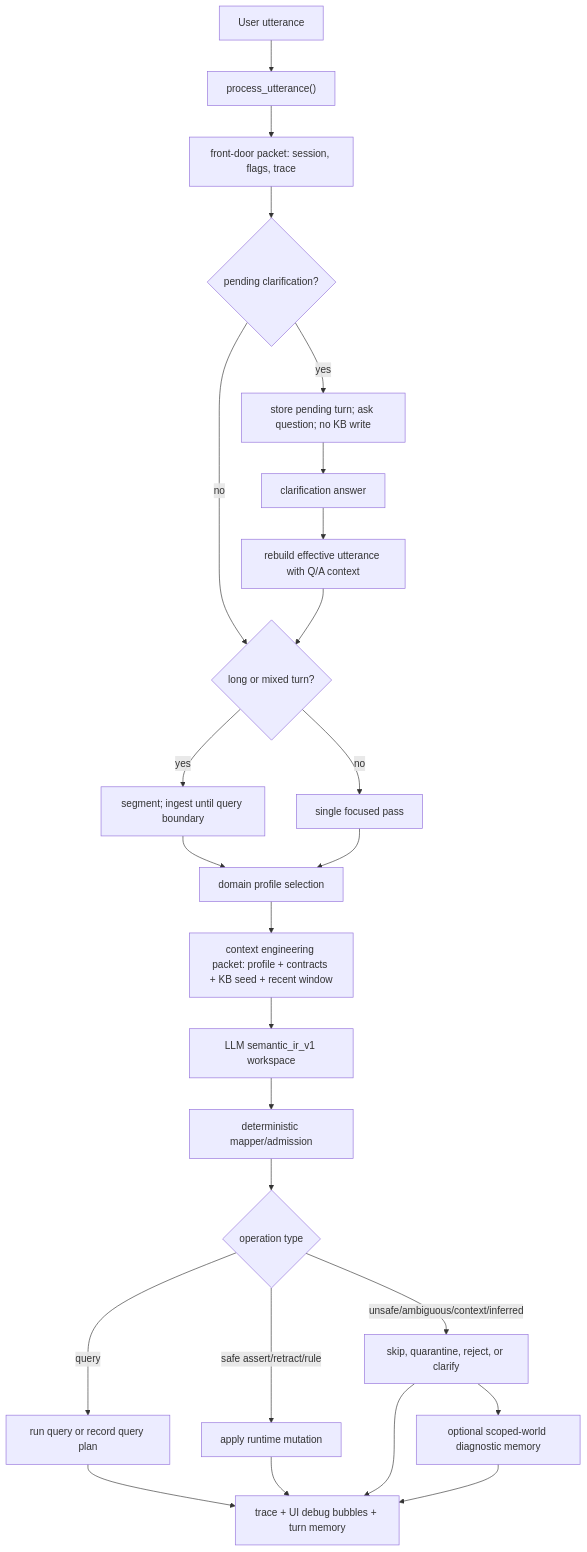
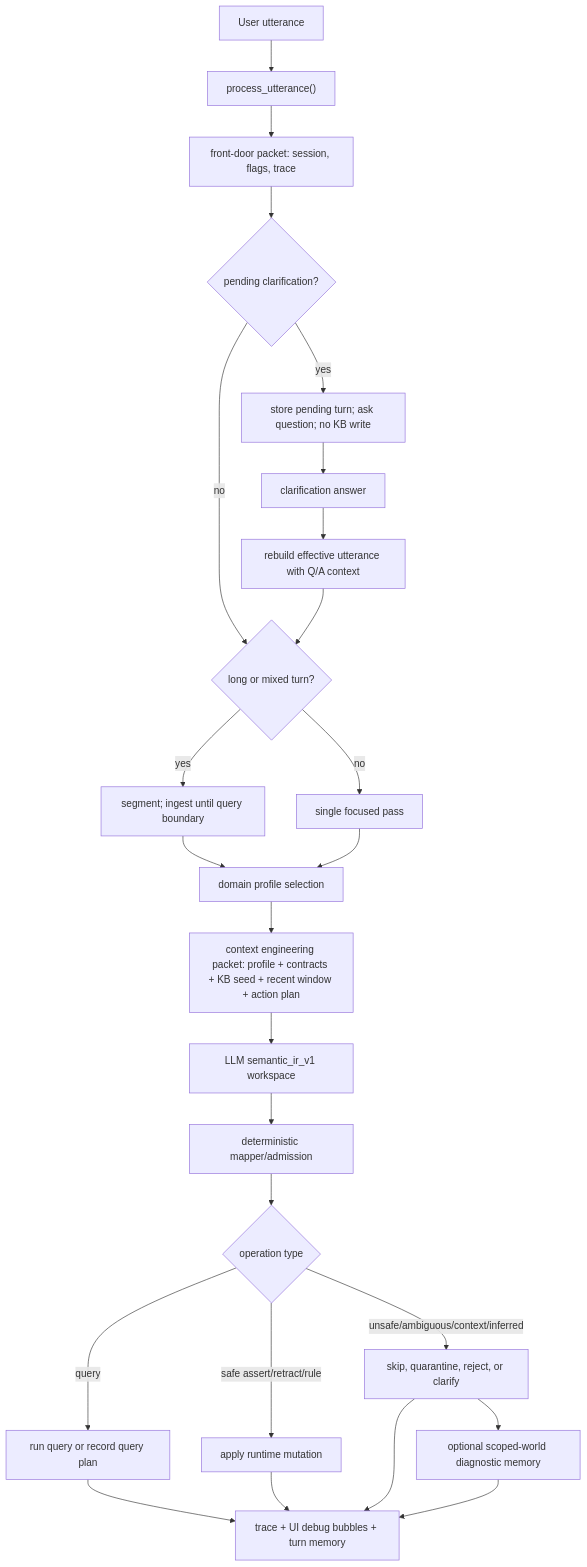
Before and after one commit to dr3d/prethinker: the diagram in docs/CURRENT_UTTERANCE_PIPELINE.md, drawn with Mermaid. The commit also changed other lines of this file and 7 other files, not shown here.

````diff
--- a/docs/CURRENT_UTTERANCE_PIPELINE.md
+++ b/docs/CURRENT_UTTERANCE_PIPELINE.md
@@ -45,27 +46,27 @@
 ```mermaid
 flowchart TD
   A["User utterance"] --> B["process_utterance()"]
   B --> C["front-door packet: session, flags, trace"]
   C --> D{"pending clarification?"}
   D -- "yes" --> E["store pending turn; ask question; no KB write"]
   E --> F["clarification answer"]
   F --> G["rebuild effective utterance with Q/A context"]
   D -- "no" --> H{"long or mixed turn?"}
   G --> H
   H -- "yes" --> I["segment; ingest until query boundary"]
   H -- "no" --> J["single focused pass"]
   I --> K["domain profile selection"]
   J --> K
-  K --> L["context engineering packet: profile + contracts + KB seed + recent window"]
+  K --> L["context engineering packet: profile + contracts + KB seed + recent window + action plan"]
   L --> M["LLM semantic_ir_v1 workspace"]
   M --> N["deterministic mapper/admission"]
   N --> O{"operation type"}
   O -- "query" --> P["run query or record query plan"]
   O -- "safe assert/retract/rule" --> Q["apply runtime mutation"]
   O -- "unsafe/ambiguous/context/inferred" --> R["skip, quarantine, reject, or clarify"]
   R --> T["optional scoped-world diagnostic memory"]
   P --> S["trace + UI debug bubbles + turn memory"]
   Q --> S
   R --> S
   T --> S
 ```
````
